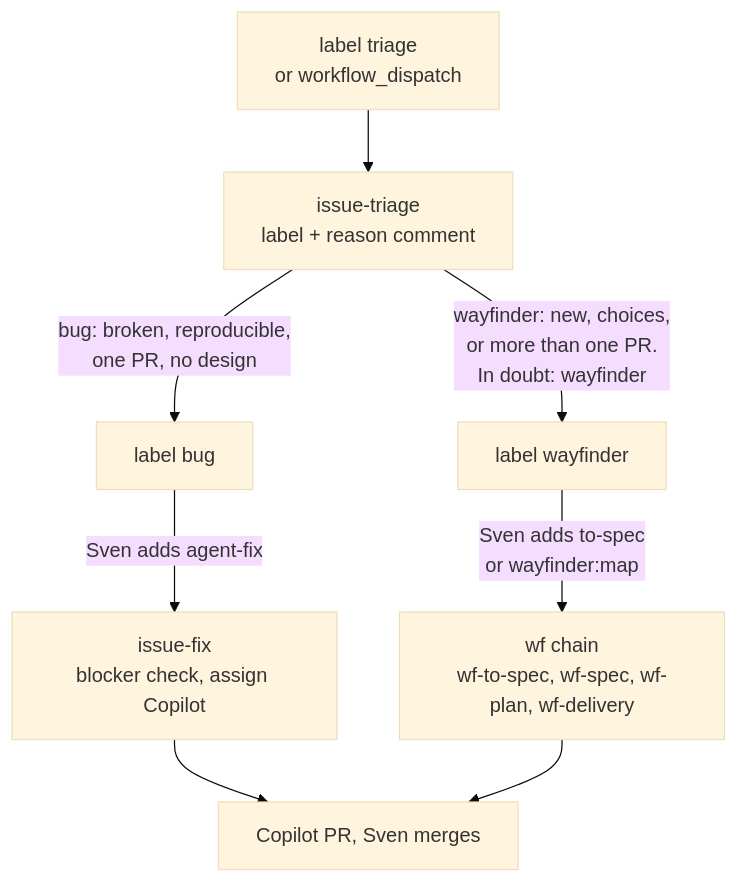
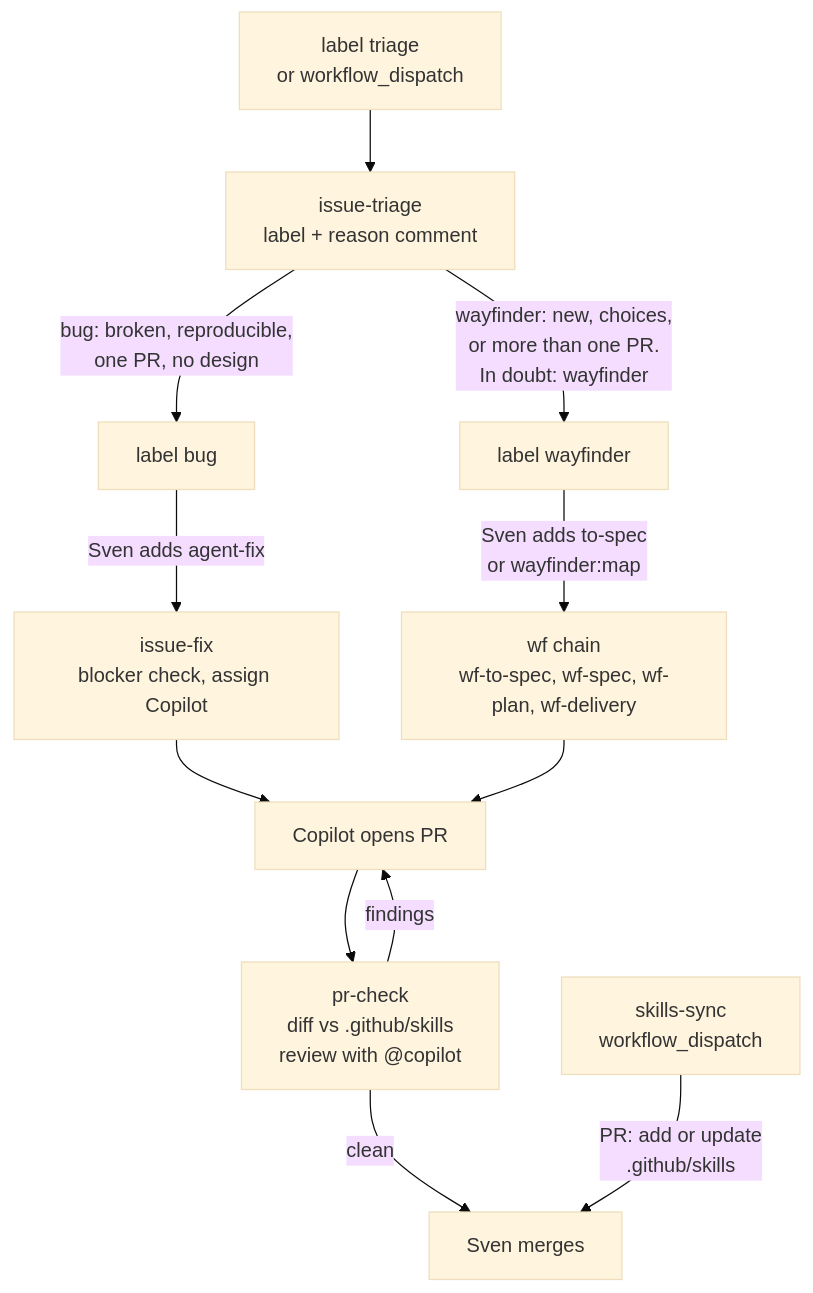
One commit to svennijhuis/agentic-workflows changed the first of 5 diagrams in workflows/README.md. Above: the diagram before and after it, drawn with Mermaid (base theme). The commit also changed other lines of this file and 4 other files, not shown here.

Commit message:
skills-sync and pr-check workflows, skills-sources.json with deslop, copilot-instructions line, README

````diff
--- a/workflows/README.md
+++ b/workflows/README.md
@@ -23,10 +23,14 @@
 ```mermaid
 flowchart TD
   T[label triage<br/>or workflow_dispatch] --> TR[issue-triage<br/>label + reason comment]
   TR -->|bug: broken, reproducible,<br/>one PR, no design| B[label bug]
   TR -->|wayfinder: new, choices,<br/>or more than one PR.<br/>In doubt: wayfinder| W[label wayfinder]
   B -->|Sven adds agent-fix| IF[issue-fix<br/>blocker check, assign Copilot]
   W -->|Sven adds to-spec<br/>or wayfinder:map| CH[wf chain<br/>wf-to-spec, wf-spec, wf-plan, wf-delivery]
-  IF --> M[Copilot PR, Sven merges]
-  CH --> M
+  IF --> CP[Copilot opens PR]
+  CH --> CP
+  CP --> PC[pr-check<br/>diff vs .github/skills<br/>review with @copilot]
+  PC -->|findings| CP
+  PC -->|clean| M[Sven merges]
+  SS[skills-sync<br/>workflow_dispatch] -->|PR: add or update<br/>.github/skills| M
 ```
````
